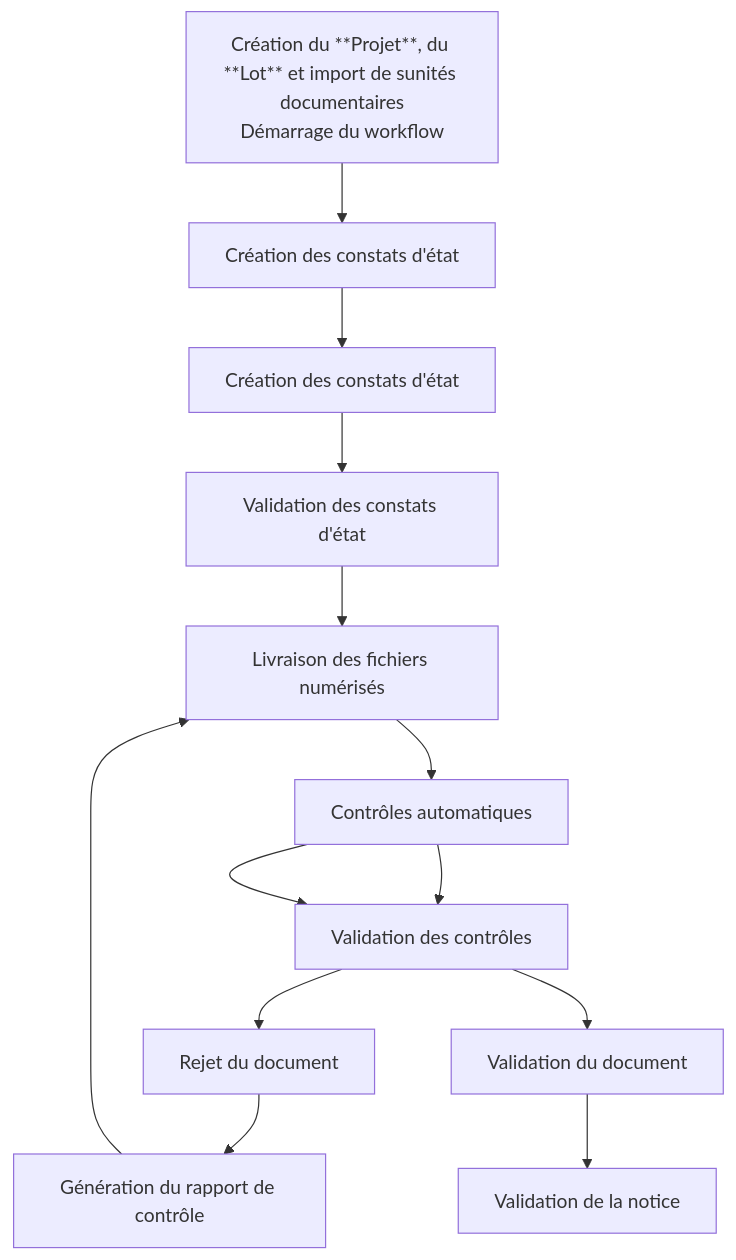
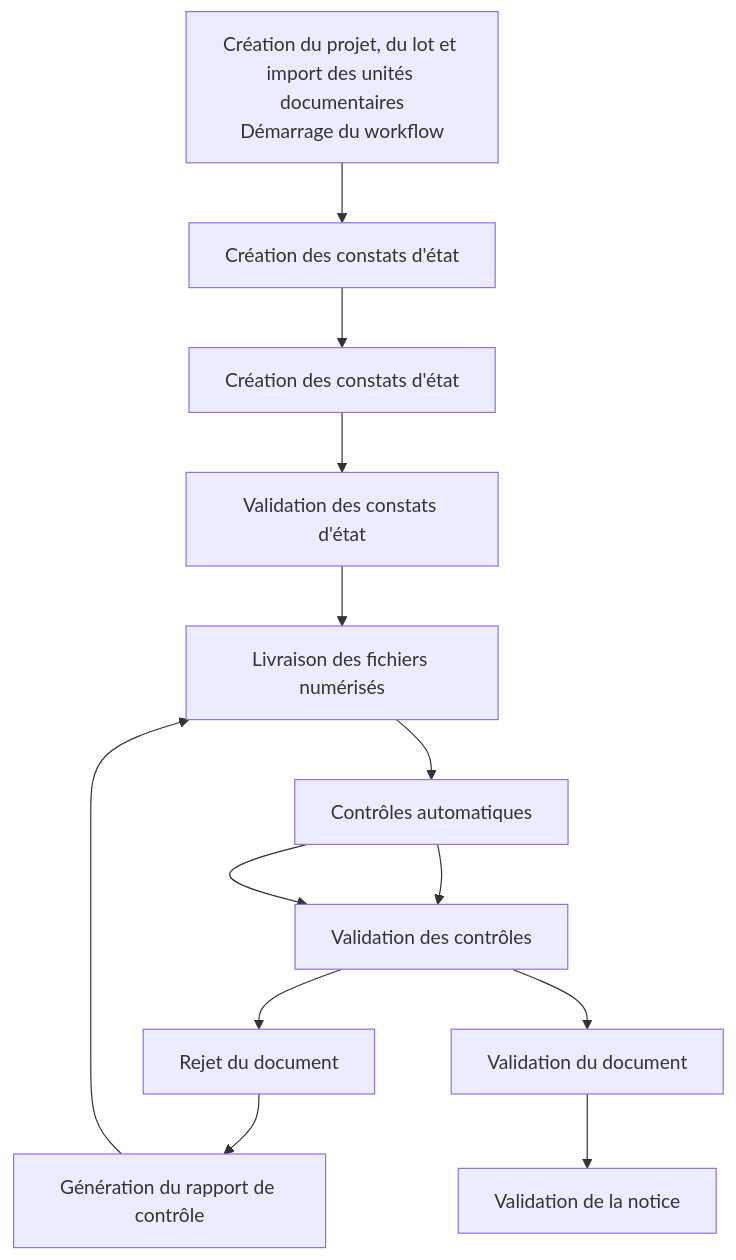
Before and after one commit to NumaHOP/UserDocumentation: the diagram in docs/administrateur/3_Configurations/4-controles.md, drawn with Mermaid.

````diff
--- a/docs/administrateur/3_Configurations/4-controles.md
+++ b/docs/administrateur/3_Configurations/4-controles.md
@@ -24,19 +24,19 @@
 ```mermaid
 flowchart TD
 
-A["Création du **Projet**, du **Lot** et import de sunités documentaires<br>Démarrage du workflow"] --> B1["Création des constats d'état"]
+A["Création du projet, du lot et import des unités documentaires<br>Démarrage du workflow"] --> B1["Création des constats d'état"]
 B1 --> C1["Création des constats d'état"]
 C1 --> D1["Validation des constats d'état"]
 D1 --> E1["Livraison des fichiers numérisés"]
 E1 --> F1["Contrôles automatiques"]
 F1 --> G1["Premier niveau de contrôle: pré-rejet et pré-validation"]
 F1 --> G1["Validation des contrôles"]
 
 G1 --> H1["Rejet du document"]
 H1 --> I1["Génération du rapport de contrôle"]
 
 G1 --> H2["Validation du document"]
 H2 --> I2["Validation de la notice"]
 
 I1 --> E1["Livraison des fichiers numérisés"]
 ```
````
